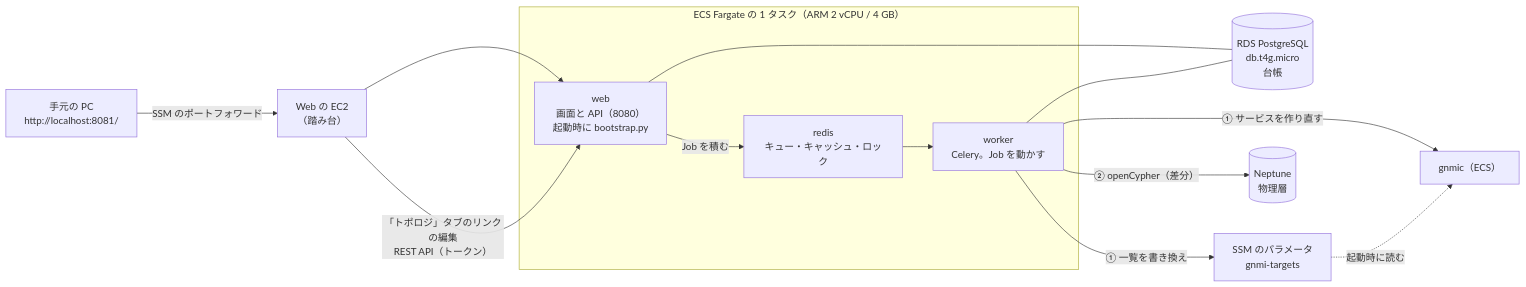
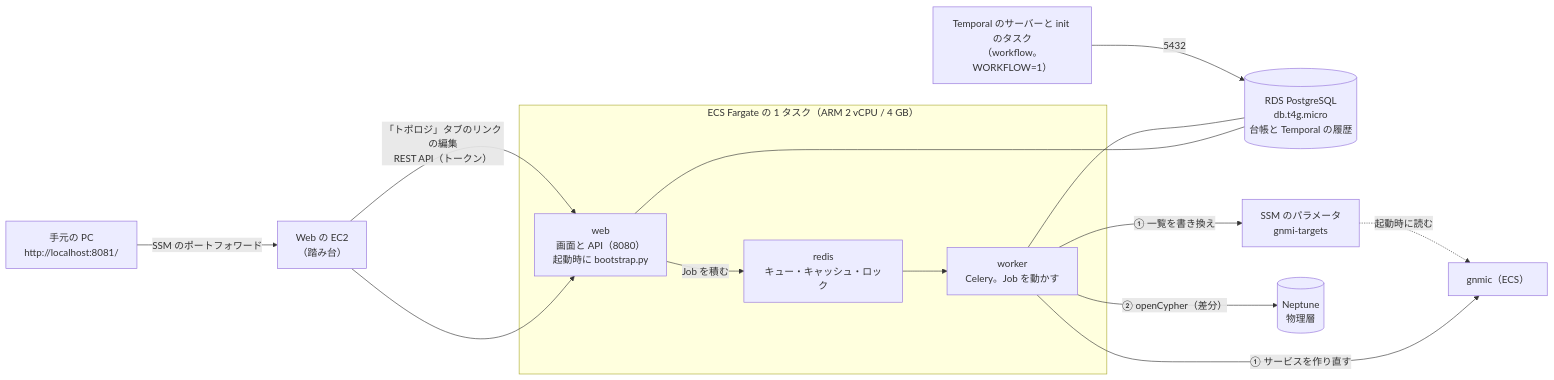
One commit to eddie-eights/nwc-poc changed the first of 4 diagrams in docs/nautobot.md. Above: the diagram before and after it, drawn with Mermaid. The commit also changed other lines of this file and 33 other files, not shown here.

````diff
--- a/docs/nautobot.md
+++ b/docs/nautobot.md
@@ -33,18 +33,19 @@
 ```mermaid
 flowchart LR
   PC["手元の PC<br/>http://localhost:8081/"] -->|"SSM のポートフォワード"| EC2["Web の EC2<br/>（踏み台）"]
   subgraph TASK["ECS Fargate の 1 タスク（ARM 2 vCPU / 4 GB）"]
     WEB["web<br/>画面と API（8080）<br/>起動時に bootstrap.py"]
     WORKER["worker<br/>Celery。Job を動かす"]
     REDIS["redis<br/>キュー・キャッシュ・ロック"]
     WEB -->|"Job を積む"| REDIS --> WORKER
   end
   EC2 --> WEB
   EC2 -->|"「トポロジ」タブのリンクの編集<br/>REST API（トークン）"| WEB
-  WEB --- DB[("RDS PostgreSQL<br/>db.t4g.micro<br/>台帳")]
+  WEB --- DB[("RDS PostgreSQL<br/>db.t4g.micro<br/>台帳と Temporal の履歴")]
   WORKER --- DB
+  TMP["Temporal のサーバーと init のタスク<br/>（workflow。WORKFLOW=1）"] -->|"5432"| DB
   WORKER -->|"① 一覧を書き換え"| SSM["SSM のパラメータ<br/>gnmi-targets"]
   WORKER -->|"① サービスを作り直す"| GNMIC["gnmic（ECS）"]
   SSM -.->|"起動時に読む"| GNMIC
   WORKER -->|"② openCypher（差分）"| NEP[("Neptune<br/>物理層")]
 ```
````
